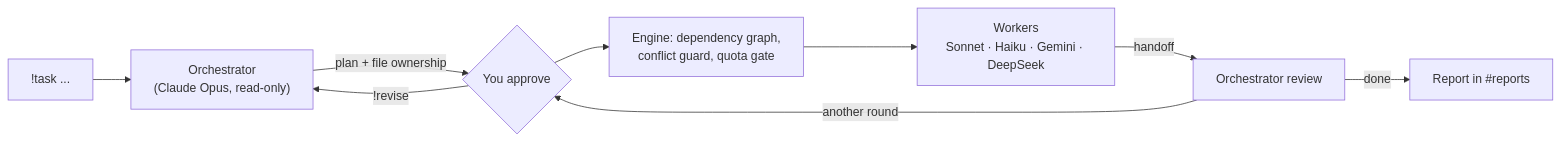
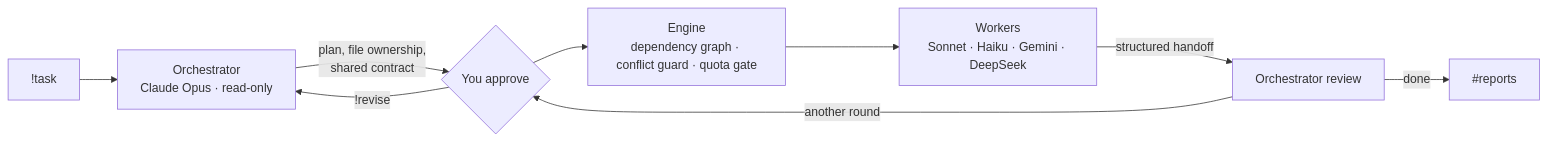
The diagram in README.md (LQLManZz/discord-ai-chatroom), drawn with Mermaid before and after one commit. The commit also changed other lines of this file and 9 other files, not shown here.

````diff
--- a/README.md
+++ b/README.md
@@ -19,11 +131,11 @@
 ```mermaid
 flowchart LR
-    U["!task ..."] --> O["Orchestrator<br/>(Claude Opus, read-only)"]
-    O -->|plan + file ownership| A{"You approve"}
-    A -->|!revise| O
-    A --> E["Engine: dependency graph,<br/>conflict guard, quota gate"]
+    U["!task"] --> O["Orchestrator<br/>Claude Opus · read-only"]
+    O -->|"plan, file ownership,<br/>shared contract"| A{"You approve"}
+    A -->|"!revise"| O
+    A --> E["Engine<br/>dependency graph · conflict guard · quota gate"]
     E --> W["Workers<br/>Sonnet · Haiku · Gemini · DeepSeek"]
-    W -->|handoff| R["Orchestrator review"]
-    R -->|another round| A
-    R -->|done| F["Report in #reports"]
+    W -->|"structured handoff"| R["Orchestrator review"]
+    R -->|"another round"| A
+    R -->|"done"| F["#reports"]
 ```
````
